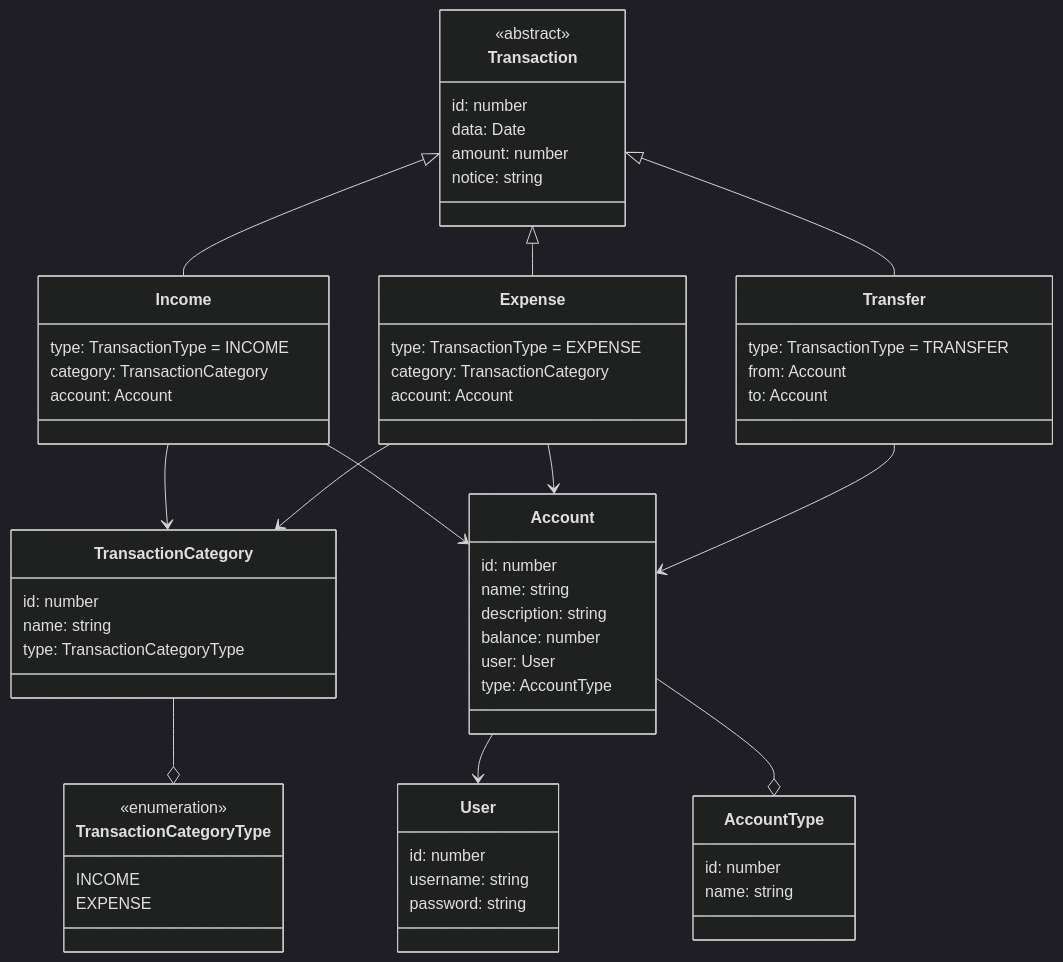
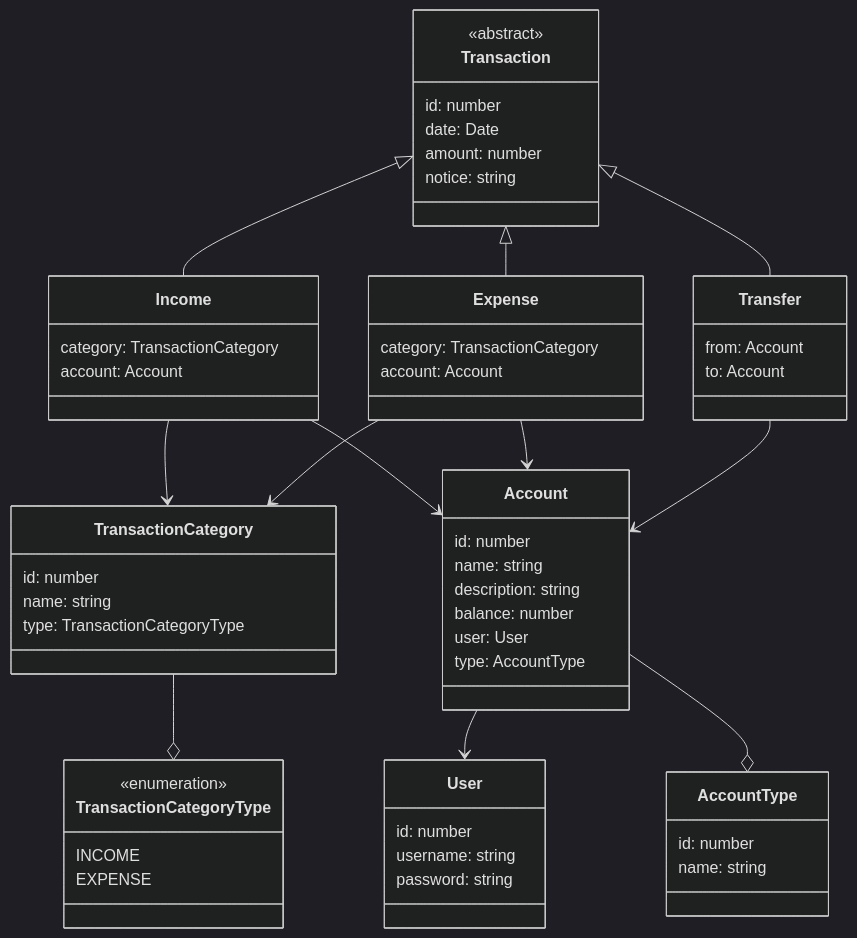
The diagram in docs/classDiagram.mmd (GagaMen/express-example), drawn with Mermaid (dark theme) before and after one commit. The commit also changed 10 other files, not shown here.

Commit message:
feat(core): add basic business model + update class diagram

```diff
--- a/docs/classDiagram.mmd
+++ b/docs/classDiagram.mmd
@@ -1,73 +1,70 @@
 classDiagram
     class User {
         id: number
         username: string
         password: string
     }
 
     class Account {
         id: number
         name: string
         description: string
         balance: number
         user: User
         type: AccountType
     }
 
     class AccountType {
         id: number
         name: string
     }
 
     class Transaction {
         <<abstract>>
         id: number
-        data: Date
+        date: Date
         amount: number
         notice: string
     }
 
     class TransactionCategory {
         id: number
         name: string
         type: TransactionCategoryType
     }
 
     class TransactionCategoryType {
         <<enumeration>>
         INCOME
         EXPENSE
     }
 
     class Income {
-        type: TransactionType = INCOME
         category: TransactionCategory
         account: Account
     }
 
     class Expense {
-        type: TransactionType = EXPENSE
         category: TransactionCategory
         account: Account
     }
 
     class Transfer {
-        type: TransactionType = TRANSFER
         from: Account
         to: Account
     }
 
     Account --> User
     Account --o AccountType
 
     Transaction <|-- Income
     Transaction <|-- Expense
     Transaction <|-- Transfer
 
     Income --> TransactionCategory
     Income --> Account
     Expense --> TransactionCategory
     Expense --> Account
     Transfer --> Account
 
     TransactionCategory --o TransactionCategoryType
```
